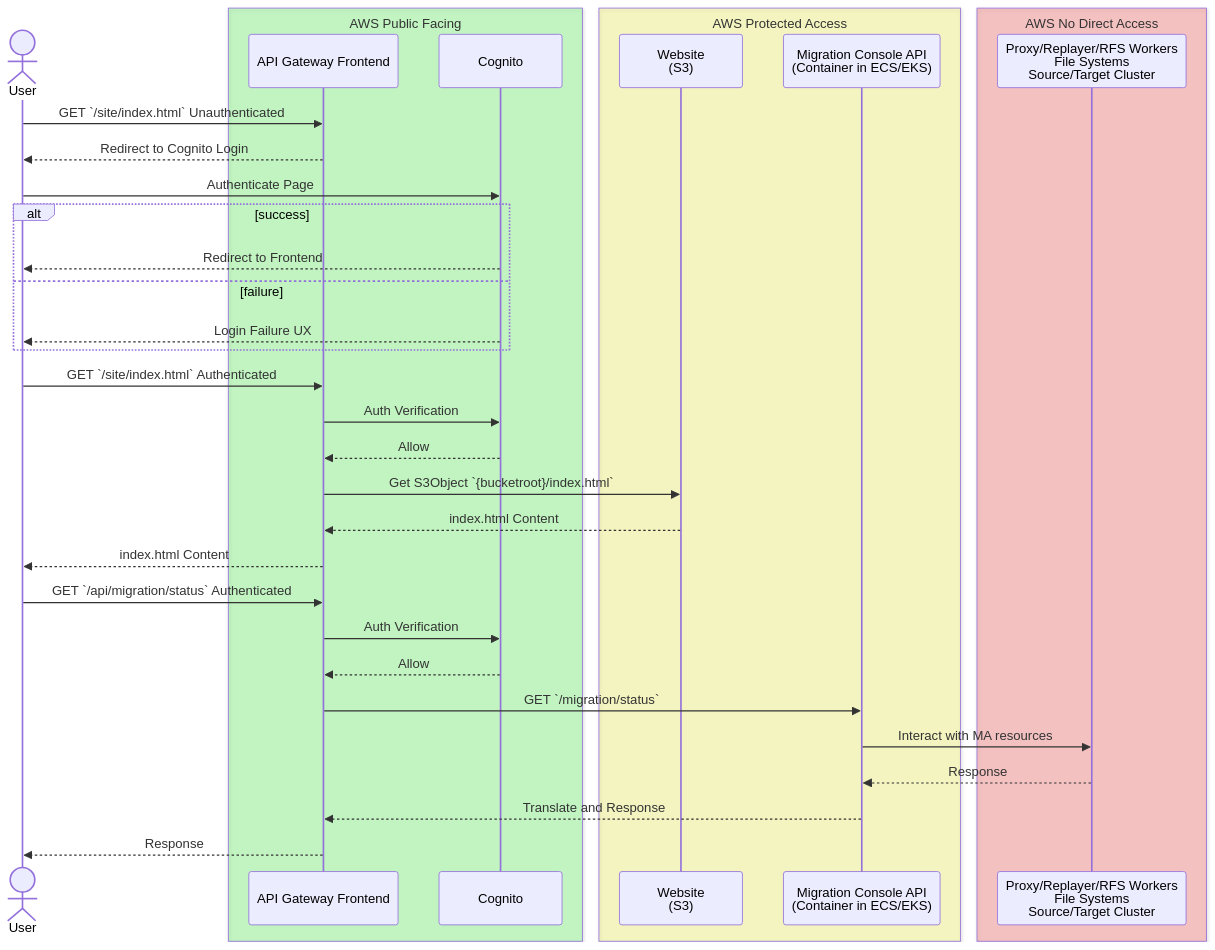
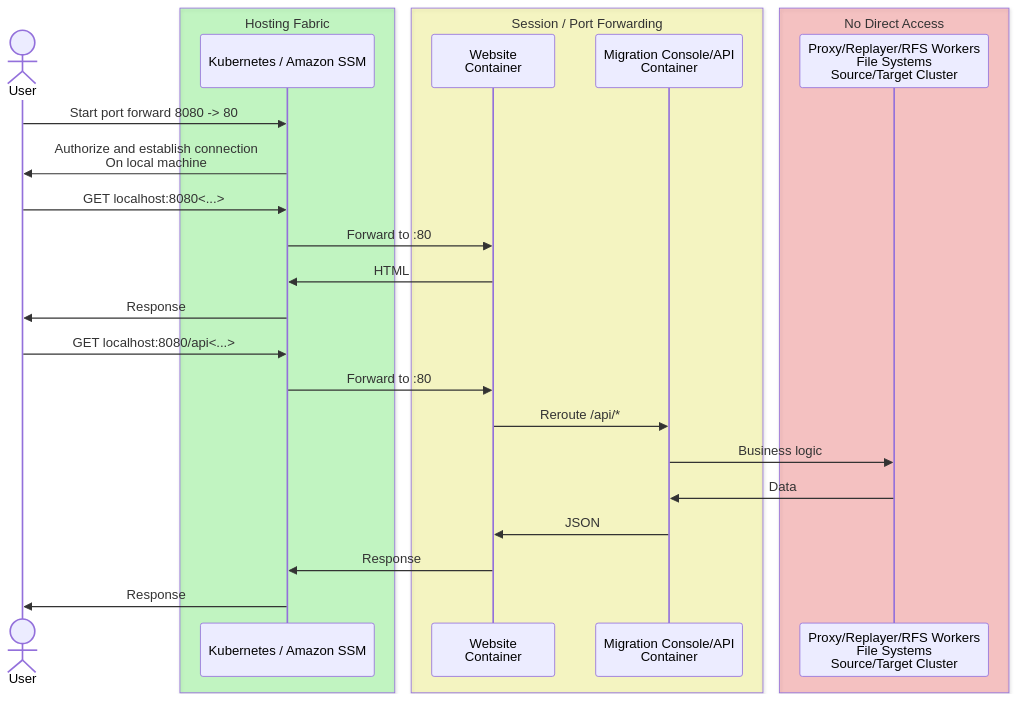
The diagram in docs/Frontend.md (opensearch-project/opensearch-migrations), drawn with Mermaid before and after one commit. The commit also changed other lines of this file, not shown here.

Commit message:
Simplify website hosting and access patterns

````diff
--- a/docs/Frontend.md
+++ b/docs/Frontend.md
@@ -61,41 +49,32 @@
 ```mermaid
 sequenceDiagram
     actor u as User
 
-    box rgba(00,255,0,.2) AWS Public Facing
-        participant fe as API Gateway Frontend
-        participant co as Cognito
+    box rgba(00,255,0,.2) Hosting Fabric
+        participant fabric as Kubernetes / Amazon SSM
     end
 
-    box rgba(255,255,0,.2) AWS Protected Access
-        participant web as Website<br/>(S3) 
-        participant ma as Migration Console API<br>(Container in ECS/EKS)
+    box rgba(255,255,0,.2) Session / Port Forwarding
+        participant web as Website<br/>Container
+        participant mac as Migration Console/API<br/>Container
     end
 
-    box rgba(255,0,0,.2) AWS No Direct Access
+    box rgba(255,0,0,.2) No Direct Access
         participant internal as Proxy/Replayer/RFS Workers<br/>File Systems<br/>Source/Target Cluster
     end
 
-    u ->> fe: GET `/site/index.html` Unauthenticated
-    fe -->> u: Redirect to Cognito Login
-    u ->> co: Authenticate Page
-    alt success
-       co -->> u: Redirect to Frontend
-    else failure
-       co -->> u: Login Failure UX
-    end
-    u ->> fe: GET `/site/index.html` Authenticated
-    fe ->> co: Auth Verification
-    co -->> fe: Allow
-    fe ->> web: Get S3Object `{bucketroot}/index.html`
-    web -->> fe: index.html Content
-    fe -->> u: index.html Content
-    u ->> fe: GET `/api/migration/status` Authenticated
-    fe ->> co: Auth Verification
-    co -->> fe: Allow
-    fe ->> ma: GET `/migration/status`
-    ma ->> internal: Interact with MA resources
-    internal -->> ma: Response
-    ma -->> fe: Translate and Response
-    fe -->> u: Response
+    u ->> fabric: Start port forward 8080 -> 80
+    fabric ->> u: Authorize and establish connection<br/>On local machine
+    u ->> fabric: GET localhost:8080<...>
+    fabric ->> web: Forward to :80
+    web ->> fabric: HTML
+    fabric ->> u: Response
+    u ->> fabric: GET localhost:8080/api<...>
+    fabric ->> web: Forward to :80
+    web ->> mac: Reroute /api/*
+    mac ->> internal: Business logic 
+    internal ->> mac: Data
+    mac ->> web: JSON
+    web ->> fabric: Response
+    fabric ->> u: Response
 ```
````
